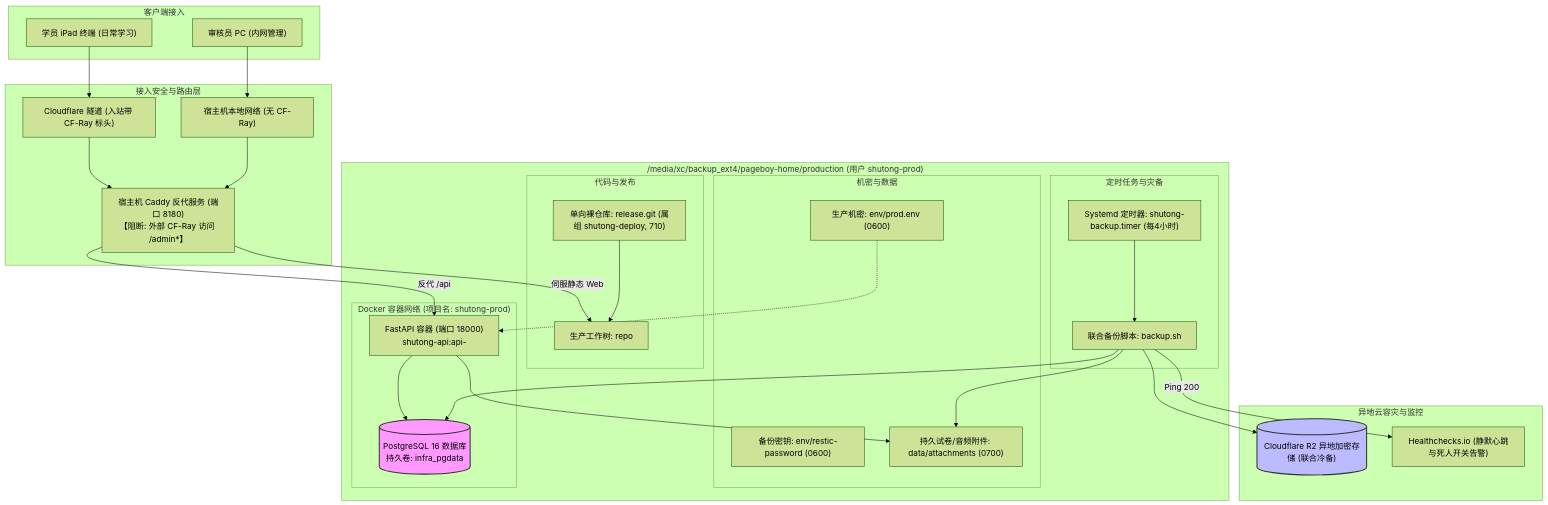
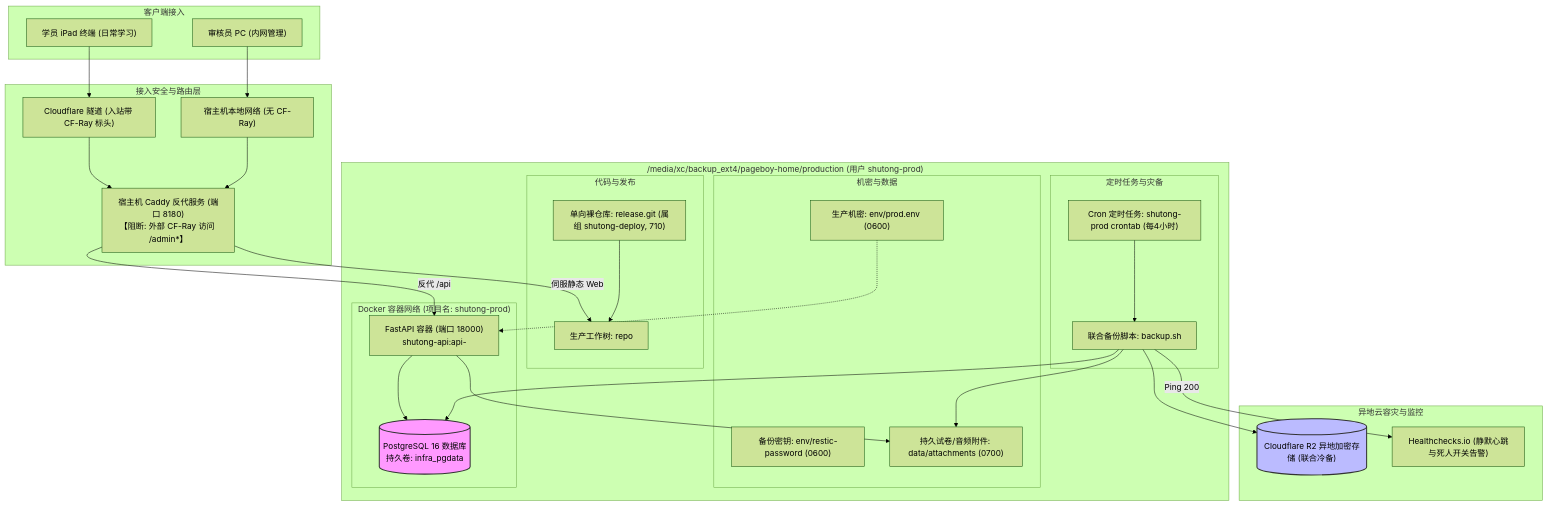
One commit to xman900719/pageboy changed the first of 2 diagrams in docs/operations/production-environment.md. Above: the diagram before and after it, drawn with Mermaid (forest theme). The commit also changed other lines of this file and 6 other files, not shown here.

````diff
--- a/docs/operations/production-environment.md
+++ b/docs/operations/production-environment.md
@@ -16,58 +16,58 @@
 ```mermaid
 flowchart TB
     subgraph 客户端接入 ["客户端接入"]
         IPAD["学员 iPad 终端 (日常学习)"]
         ADMIN_PC["审核员 PC (内网管理)"]
     end
 
     subgraph 接入安全与路由层 ["接入安全与路由层"]
         TUNNEL["Cloudflare 隧道 (入站带 CF-Ray 标头)"]
         LOCAL_NET["宿主机本地网络 (无 CF-Ray)"]
         CADDY["宿主机 Caddy 反代服务 (端口 8180)\n【阻断: 外部 CF-Ray 访问 /admin*】"]
     end
 
     subgraph 生产环境隔离根目录 ["/media/xc/backup_ext4/pageboy-home/production (用户 shutong-prod)"]
         subgraph 代码与发布 ["代码与发布"]
             RELEASE_GIT["单向裸仓库: release.git (属组 shutong-deploy, 710)"]
             PROD_REPO["生产工作树: repo"]
         end
 
         subgraph 机密与数据 ["机密与数据"]
             PROD_ENV["生产机密: env/prod.env (0600)"]
             RESTIC_PWD["备份密钥: env/restic-password (0600)"]
             ATTACHMENTS["持久试卷/音频附件: data/attachments (0700)"]
         end
 
         subgraph Docker 容器网络 ["Docker 容器网络 (项目名: shutong-prod)"]
             API_CONT["FastAPI 容器 (端口 18000)\nshutong-api:api-<git短SHA>"]
             PG_CONT[("PostgreSQL 16 数据库\n持久卷: infra_pgdata")]:::db
         end
 
         subgraph 定时任务与灾备 ["定时任务与灾备"]
-            BACKUP_TIMER["Systemd 定时器: shutong-backup.timer (每4小时)"]
+            BACKUP_TIMER["Cron 定时任务: shutong-prod crontab (每4小时)"]
             BACKUP_SCRIPT["联合备份脚本: backup.sh"]
         end
     end
 
     subgraph 异地云容灾与监控 ["异地云容灾与监控"]
         R2_CLOUD[("Cloudflare R2 异地加密存储 (联合冷备)")]:::cloud
         HC_IO["Healthchecks.io (静默心跳与死人开关告警)"]
     end
 
     IPAD --> TUNNEL --> CADDY
     ADMIN_PC --> LOCAL_NET --> CADDY
     CADDY -->|伺服静态 Web| PROD_REPO
     CADDY -->|反代 /api| API_CONT
     API_CONT --> PG_CONT
     API_CONT --> ATTACHMENTS
     PROD_ENV -.-> API_CONT
     RELEASE_GIT --> PROD_REPO
 
     BACKUP_TIMER --> BACKUP_SCRIPT
     BACKUP_SCRIPT --> PG_CONT & ATTACHMENTS
     BACKUP_SCRIPT --> R2_CLOUD
     BACKUP_SCRIPT -->|Ping 200| HC_IO
 
     classDef db fill:#f9f,stroke:#333,stroke-width:2px;
     classDef cloud fill:#bbf,stroke:#333,stroke-width:2px;
 ```
````
